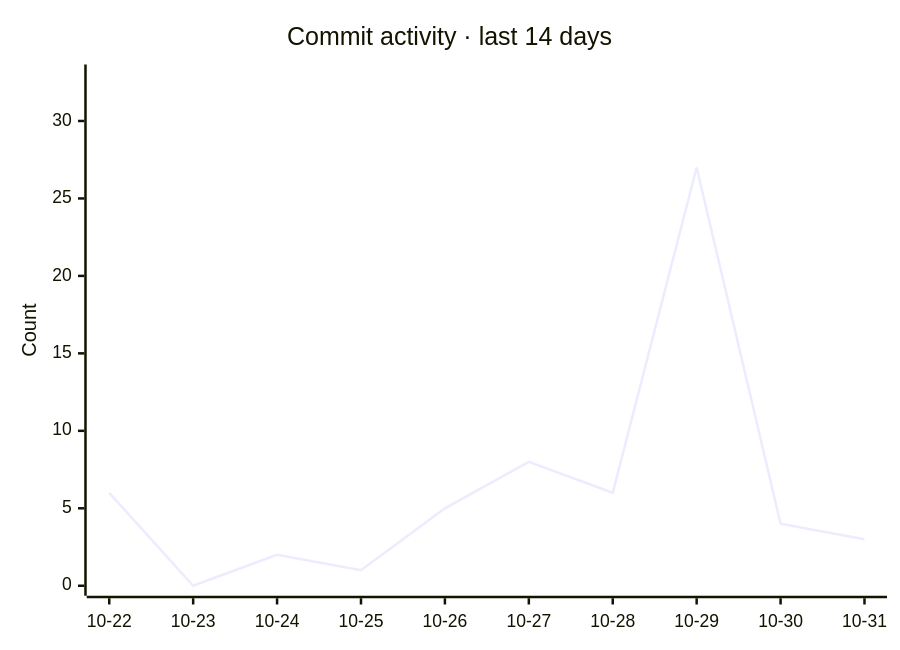
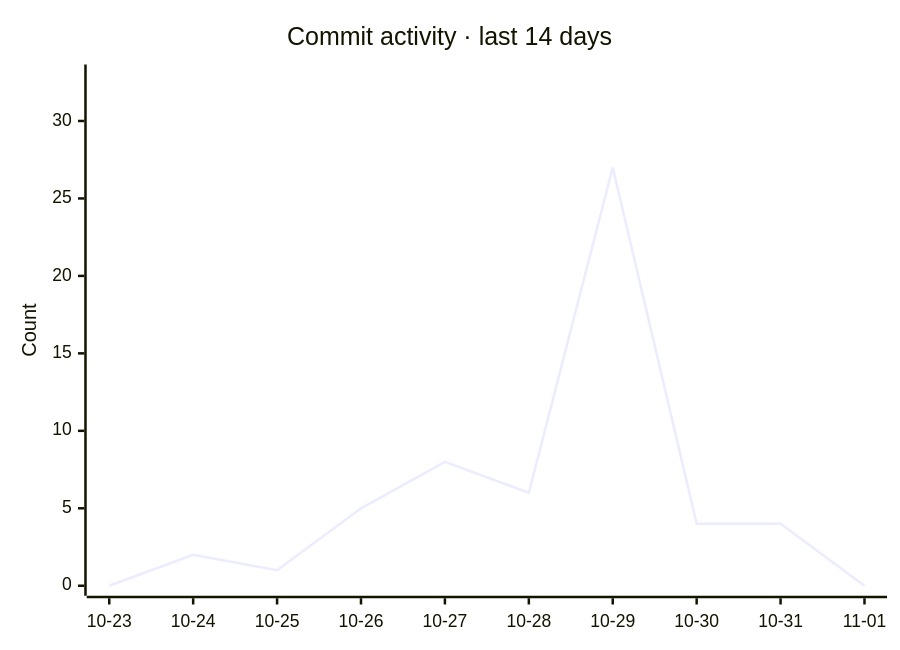
The second of 2 diagrams in README.md (razzaqinspires/whiskay-bot), drawn with Mermaid before and after one commit. The commit also changed other lines of this file and 2 other files, not shown here.

Commit message:
chore(metrics): refresh GitHub traffic and update timestamp [skip ci]

````diff
--- a/README.md
+++ b/README.md
@@ -329,7 +329,7 @@
 ```mermaid
 xychart-beta
     title "Commit activity · last 14 days"
-    x-axis ["10-22", "10-23", "10-24", "10-25", "10-26", "10-27", "10-28", "10-29", "10-30", "10-31"]
+    x-axis ["10-23", "10-24", "10-25", "10-26", "10-27", "10-28", "10-29", "10-30", "10-31", "11-01"]
     y-axis "Count" 0 --> 33
-    line [6, 0, 2, 1, 5, 8, 6, 27, 4, 3]
+    line [0, 2, 1, 5, 8, 6, 27, 4, 4, 0]
 ```
````
